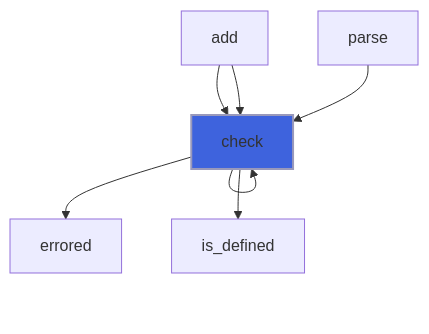
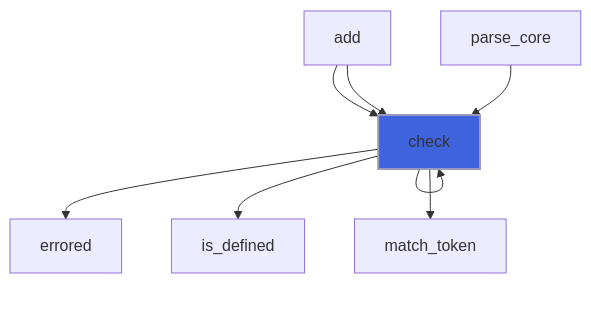
Before and after one commit to szaghi/FLAP: the fourth of 28 diagrams in docs/api/src/lib/flap_command_line_arguments_group_t.md, drawn with Mermaid. The commit also changed other lines of this file and 17 other files, not shown here.

````diff
--- a/docs/api/src/lib/flap_command_line_arguments_group_t.md
+++ b/docs/api/src/lib/flap_command_line_arguments_group_t.md
@@ -165,10 +213,11 @@
 ```mermaid
 flowchart TD
   add["add"] --> check["check"]
   add["add"] --> check["check"]
   check["check"] --> check["check"]
-  parse["parse"] --> check["check"]
+  parse_core["parse_core"] --> check["check"]
   check["check"] --> errored["errored"]
   check["check"] --> is_defined["is_defined"]
+  check["check"] --> match_token["match_token"]
   style check fill:#3e63dd,stroke:#99b,stroke-width:2px
 ```
````
